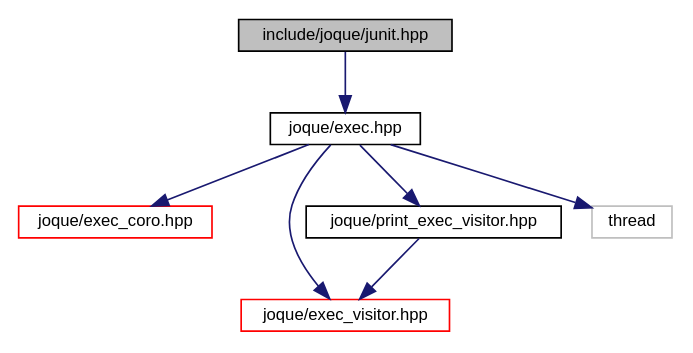
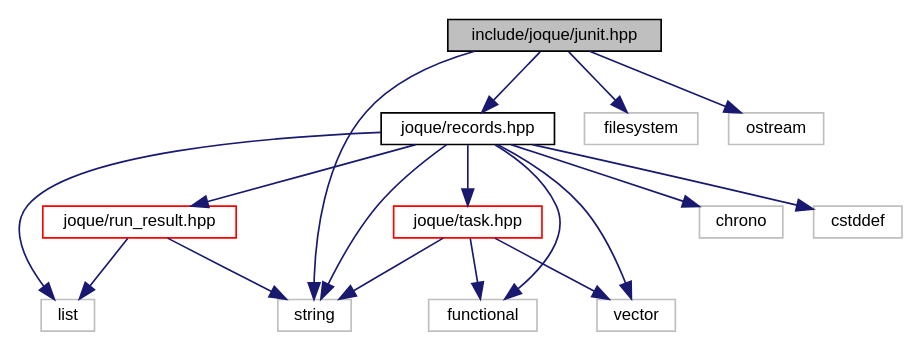
One commit to koniarik/joque changed the diagram in junit_8hpp__incl.dot. Above: the diagram before and after it, drawn with Graphviz. The commit also changed 122 other files, not shown here.

```diff
--- a/junit_8hpp__incl.dot
+++ b/junit_8hpp__incl.dot
@@ -1,18 +1,35 @@
 digraph "include/joque/junit.hpp"
 {
  // LATEX_PDF_SIZE
   edge [fontname="Helvetica",fontsize="10",labelfontname="Helvetica",labelfontsize="10"];
   node [fontname="Helvetica",fontsize="10",shape=record];
   Node1 [label="include/joque/junit.hpp",height=0.2,width=0.4,color="black", fillcolor="grey75", style="filled", fontcolor="black",tooltip=" "];
   Node1 -> Node2 [color="midnightblue",fontsize="10",style="solid",fontname="Helvetica"];
-  Node2 [label="joque/exec.hpp",height=0.2,width=0.4,color="black", fillcolor="white", style="filled",URL="$exec_8hpp.html",tooltip=" "];
+  Node2 [label="joque/records.hpp",height=0.2,width=0.4,color="black", fillcolor="white", style="filled",URL="$records_8hpp.html",tooltip=" "];
   Node2 -> Node3 [color="midnightblue",fontsize="10",style="solid",fontname="Helvetica"];
-  Node3 [label="joque/exec_coro.hpp",height=0.2,width=0.4,color="red", fillcolor="white", style="filled",URL="$exec__coro_8hpp.html",tooltip=" "];
-  Node2 -> Node22 [color="midnightblue",fontsize="10",style="solid",fontname="Helvetica"];
-  Node22 [label="joque/exec_visitor.hpp",height=0.2,width=0.4,color="red", fillcolor="white", style="filled",URL="$exec__visitor_8hpp.html",tooltip=" "];
-  Node2 -> Node31 [color="midnightblue",fontsize="10",style="solid",fontname="Helvetica"];
-  Node31 [label="joque/print_exec_visitor.hpp",height=0.2,width=0.4,color="black", fillcolor="white", style="filled",URL="$print__exec__visitor_8hpp.html",tooltip=" "];
-  Node31 -> Node22 [color="midnightblue",fontsize="10",style="solid",fontname="Helvetica"];
-  Node2 -> Node32 [color="midnightblue",fontsize="10",style="solid",fontname="Helvetica"];
-  Node32 [label="thread",height=0.2,width=0.4,color="grey75", fillcolor="white", style="filled",tooltip=" "];
+  Node3 [label="joque/run_result.hpp",height=0.2,width=0.4,color="red", fillcolor="white", style="filled",URL="$run__result_8hpp.html",tooltip=" "];
+  Node3 -> Node4 [color="midnightblue",fontsize="10",style="solid",fontname="Helvetica"];
+  Node4 [label="list",height=0.2,width=0.4,color="grey75", fillcolor="white", style="filled",tooltip=" "];
+  Node3 -> Node5 [color="midnightblue",fontsize="10",style="solid",fontname="Helvetica"];
+  Node5 [label="string",height=0.2,width=0.4,color="grey75", fillcolor="white", style="filled",tooltip=" "];
+  Node2 -> Node8 [color="midnightblue",fontsize="10",style="solid",fontname="Helvetica"];
+  Node8 [label="joque/task.hpp",height=0.2,width=0.4,color="red", fillcolor="white", style="filled",URL="$task_8hpp.html",tooltip=" "];
+  Node8 -> Node13 [color="midnightblue",fontsize="10",style="solid",fontname="Helvetica"];
+  Node13 [label="functional",height=0.2,width=0.4,color="grey75", fillcolor="white", style="filled",tooltip=" "];
+  Node8 -> Node5 [color="midnightblue",fontsize="10",style="solid",fontname="Helvetica"];
+  Node8 -> Node16 [color="midnightblue",fontsize="10",style="solid",fontname="Helvetica"];
+  Node16 [label="vector",height=0.2,width=0.4,color="grey75", fillcolor="white", style="filled",tooltip=" "];
+  Node2 -> Node17 [color="midnightblue",fontsize="10",style="solid",fontname="Helvetica"];
+  Node17 [label="chrono",height=0.2,width=0.4,color="grey75", fillcolor="white", style="filled",tooltip=" "];
+  Node2 -> Node18 [color="midnightblue",fontsize="10",style="solid",fontname="Helvetica"];
+  Node18 [label="cstddef",height=0.2,width=0.4,color="grey75", fillcolor="white", style="filled",tooltip=" "];
+  Node2 -> Node13 [color="midnightblue",fontsize="10",style="solid",fontname="Helvetica"];
+  Node2 -> Node4 [color="midnightblue",fontsize="10",style="solid",fontname="Helvetica"];
+  Node2 -> Node5 [color="midnightblue",fontsize="10",style="solid",fontname="Helvetica"];
+  Node2 -> Node16 [color="midnightblue",fontsize="10",style="solid",fontname="Helvetica"];
+  Node1 -> Node19 [color="midnightblue",fontsize="10",style="solid",fontname="Helvetica"];
+  Node19 [label="filesystem",height=0.2,width=0.4,color="grey75", fillcolor="white", style="filled",tooltip=" "];
+  Node1 -> Node20 [color="midnightblue",fontsize="10",style="solid",fontname="Helvetica"];
+  Node20 [label="ostream",height=0.2,width=0.4,color="grey75", fillcolor="white", style="filled",tooltip=" "];
+  Node1 -> Node5 [color="midnightblue",fontsize="10",style="solid",fontname="Helvetica"];
 }
```
